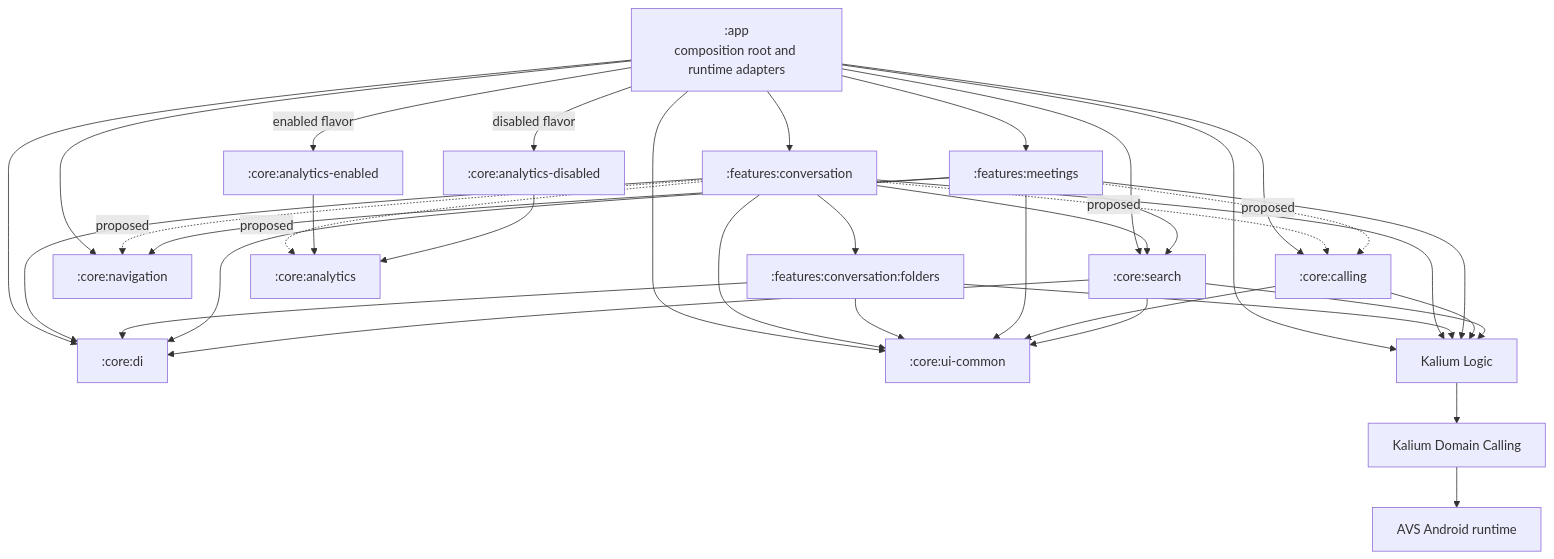
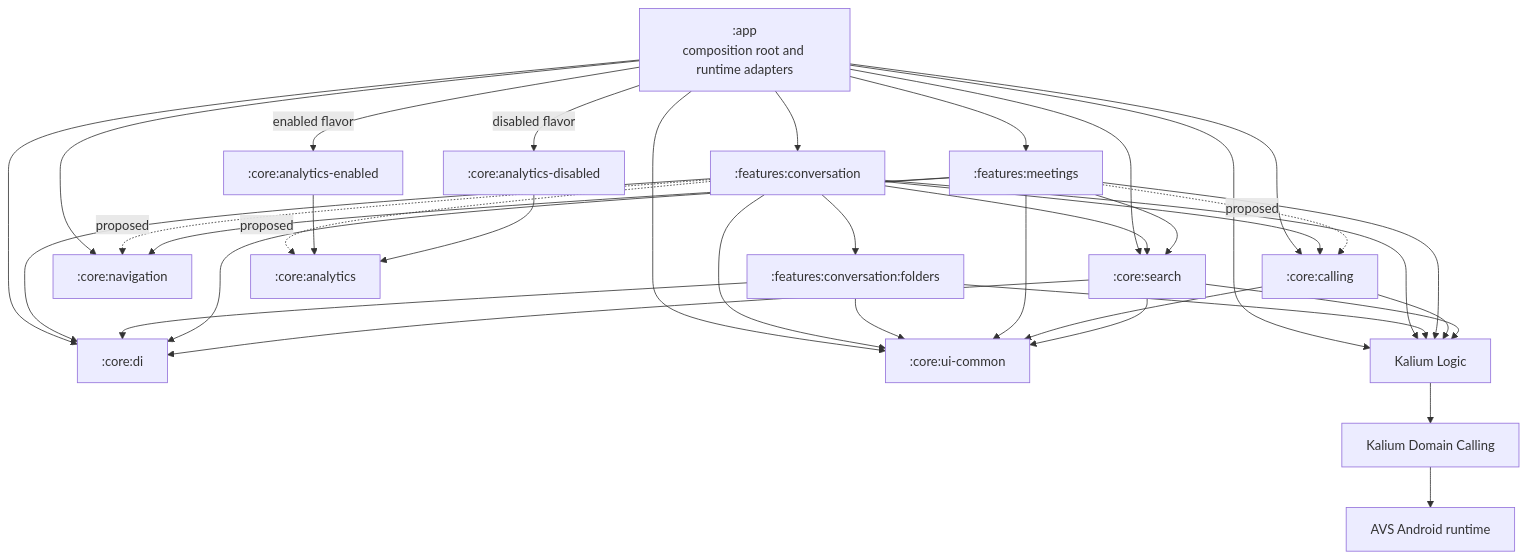
The diagram in docs/architecture/android-module-graph.mmd (wireapp/wire-android), drawn with Mermaid before and after one commit. The commit also changed 10 other files, not shown here.

```diff
--- a/docs/architecture/android-module-graph.mmd
+++ b/docs/architecture/android-module-graph.mmd
@@ -1,53 +1,53 @@
 graph TD
     App[":app<br/>composition root and runtime adapters"]
     Conversation[":features:conversation"]
     Folders[":features:conversation:folders"]
     Meetings[":features:meetings"]
     Calling[":core:calling"]
     Navigation[":core:navigation"]
     Search[":core:search"]
     Di[":core:di"]
     UiCommon[":core:ui-common"]
     Analytics[":core:analytics"]
     AnalyticsEnabled[":core:analytics-enabled"]
     AnalyticsDisabled[":core:analytics-disabled"]
     KaliumLogic["Kalium Logic"]
     KaliumCalling["Kalium Domain Calling"]
     Avs["AVS Android runtime"]
 
     App --> Conversation
     App --> Meetings
     App --> Calling
     App --> Navigation
     App --> Search
     App --> Di
     App --> UiCommon
     App -->|enabled flavor| AnalyticsEnabled
     App -->|disabled flavor| AnalyticsDisabled
     App --> KaliumLogic
     Conversation --> Di
     Conversation --> UiCommon
     Conversation --> KaliumLogic
     Conversation --> Folders
-    Conversation -. proposed .-> Calling
+    Conversation --> Calling
     Conversation -. proposed .-> Analytics
     Conversation -. proposed .-> Navigation
     Conversation --> Search
     Folders --> Di
     Folders --> UiCommon
     Folders --> KaliumLogic
     Meetings -. proposed .-> Calling
     Meetings --> Navigation
     Meetings --> Search
     Meetings --> Di
     Meetings --> UiCommon
     Meetings --> KaliumLogic
     Calling --> UiCommon
     Calling --> KaliumLogic
     Search --> Di
     Search --> UiCommon
     Search --> KaliumLogic
     AnalyticsEnabled --> Analytics
     AnalyticsDisabled --> Analytics
     KaliumLogic --> KaliumCalling
     KaliumCalling --> Avs
```
